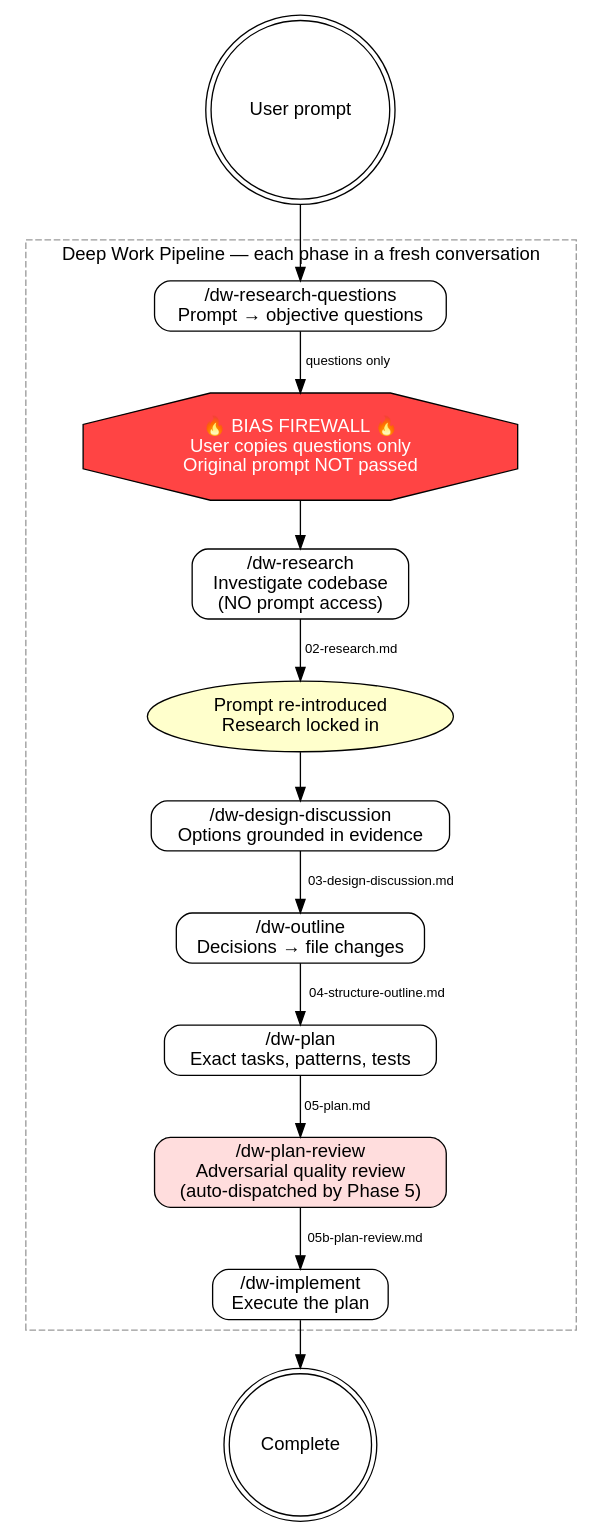
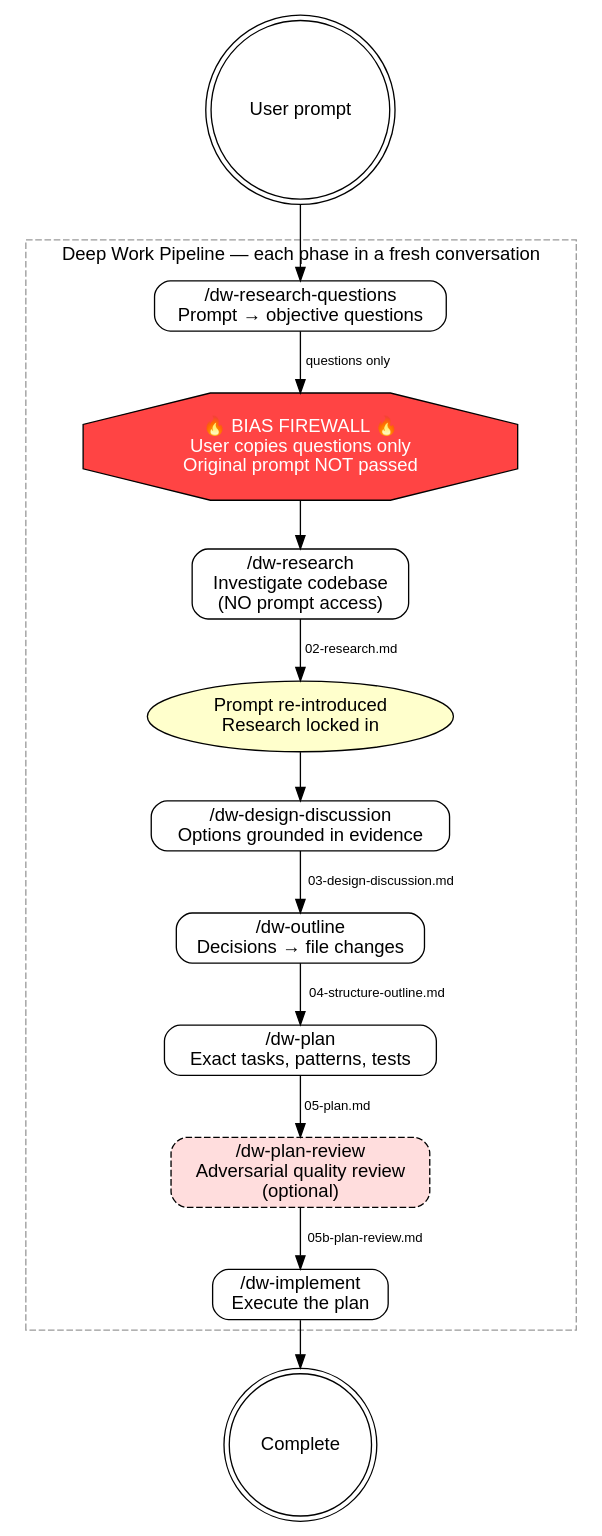
Before and after one commit to ronsanzone/claude-essentials: the diagram in .claude/skills/deep-work/SKILL.md, drawn with Graphviz. The commit also changed other lines of this file and 5 other files, not shown here.

First line of the commit message:
Reconcile deepwork-meta merge: internalize question extraction, make plan review optional

````diff
--- a/.claude/skills/deep-work/SKILL.md
+++ b/.claude/skills/deep-work/SKILL.md
@@ -15,41 +15,41 @@
 ```dot
 digraph deep_work {
     rankdir=TB;
     node [shape=box, style=rounded, fontname="Helvetica"];
     edge [fontname="Helvetica", fontsize=10];
 
     subgraph cluster_pipeline {
         label="Deep Work Pipeline — each phase in a fresh conversation";
         style=dashed;
         color=gray60;
         fontname="Helvetica";
 
         p1 [label="/dw-research-questions\nPrompt → objective questions"];
         firewall [label="🔥 BIAS FIREWALL 🔥\nUser copies questions only\nOriginal prompt NOT passed"
                   shape=octagon style=filled fillcolor="#ff4444" fontcolor=white];
         p2 [label="/dw-research\nInvestigate codebase\n(NO prompt access)"];
         reintro [label="Prompt re-introduced\nResearch locked in"
                  shape=ellipse style=filled fillcolor="#ffffcc"];
         p3 [label="/dw-design-discussion\nOptions grounded in evidence"];
         p4 [label="/dw-outline\nDecisions → file changes"];
         p5 [label="/dw-plan\nExact tasks, patterns, tests"];
-        p5b [label="/dw-plan-review\nAdversarial quality review\n(auto-dispatched by Phase 5)"
-             style="filled,rounded" fillcolor="#ffdddd"];
+        p5b [label="/dw-plan-review\nAdversarial quality review\n(optional)"
+             style="filled,rounded,dashed" fillcolor="#ffdddd"];
         p6 [label="/dw-implement\nExecute the plan"];
     }
 
     start [label="User prompt" shape=doublecircle];
     done [label="Complete" shape=doublecircle];
 
     start -> p1;
     p1 -> firewall [label="questions only"];
     firewall -> p2;
     p2 -> reintro [label="02-research.md"];
     reintro -> p3;
     p3 -> p4 [label="03-design-discussion.md"];
     p4 -> p5 [label="04-structure-outline.md"];
     p5 -> p5b [label="05-plan.md"];
     p5b -> p6 [label="05b-plan-review.md"];
     p6 -> done;
 }
 ```
````
